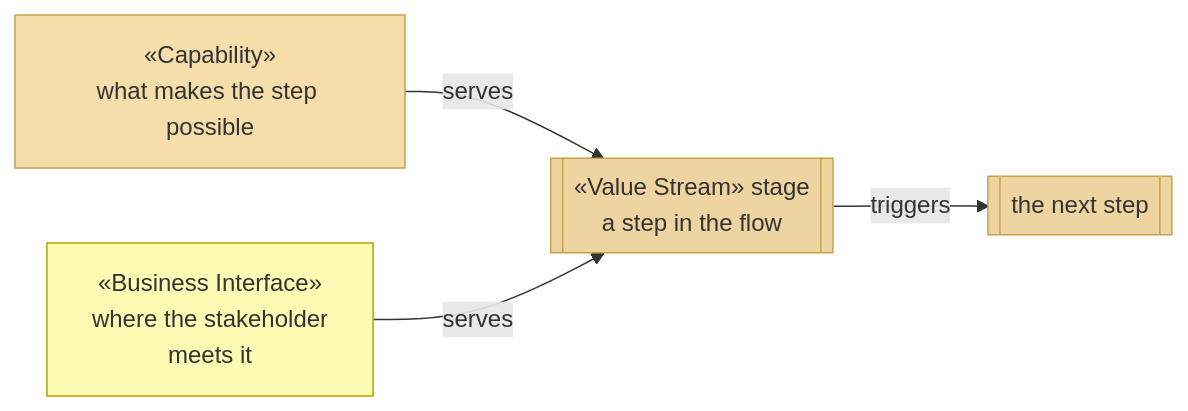
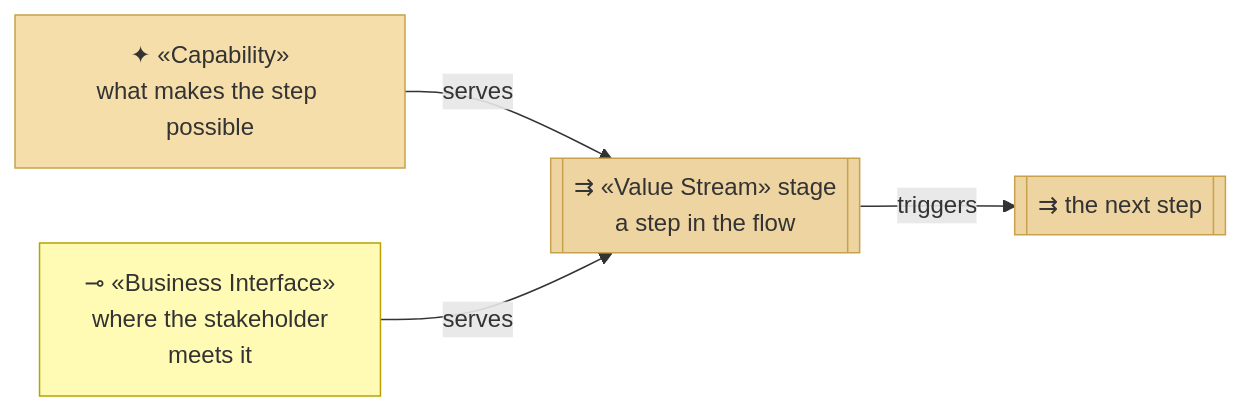
One commit to roanboc/architecture-archreator changed the first of 4 diagrams in organization/docs/ea/1_strategy/3_value-stream.md. Above: the diagram before and after it, drawn with Mermaid. The commit also changed other lines of this file and 7 other files, not shown here.

````diff
--- a/organization/docs/ea/1_strategy/3_value-stream.md
+++ b/organization/docs/ea/1_strategy/3_value-stream.md
@@ -14,15 +14,15 @@
 ```mermaid
 flowchart LR
-  s1[["«Value Stream» stage<br>a step in the flow"]]:::stage
-  s2[["the next step"]]:::stage
-  cap["«Capability»<br>what makes the step possible"]:::capability
-  bif["«Business Interface»<br>where the stakeholder<br>meets it"]:::interface
+  s1[["⇉ «Value Stream» stage<br>a step in the flow"]]:::stage
+  s2[["⇉ the next step"]]:::stage
+  cap["✦ «Capability»<br>what makes the step possible"]:::capability
+  bif["⊸ «Business Interface»<br>where the stakeholder<br>meets it"]:::interface
 
   s1 -->|triggers| s2
   cap -->|serves| s1
   bif -->|serves| s1
 
   classDef stage fill:#eed4a0,stroke:#c8a24a,color:#333
   classDef capability fill:#f5deaa,stroke:#c8a24a,color:#333
   classDef interface fill:#fffbb5,stroke:#b8a200,color:#333
 ```
````
